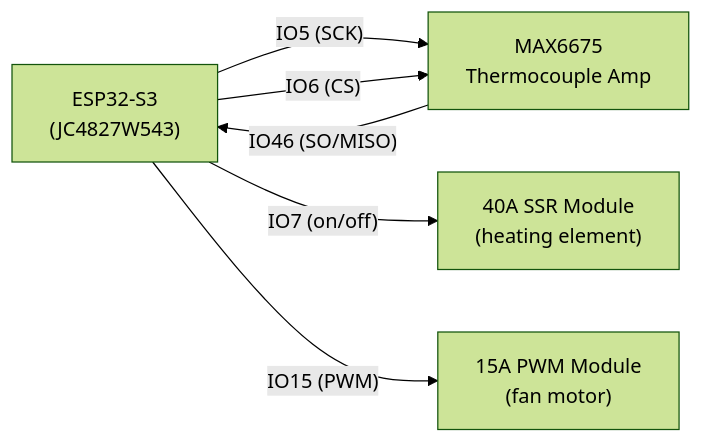
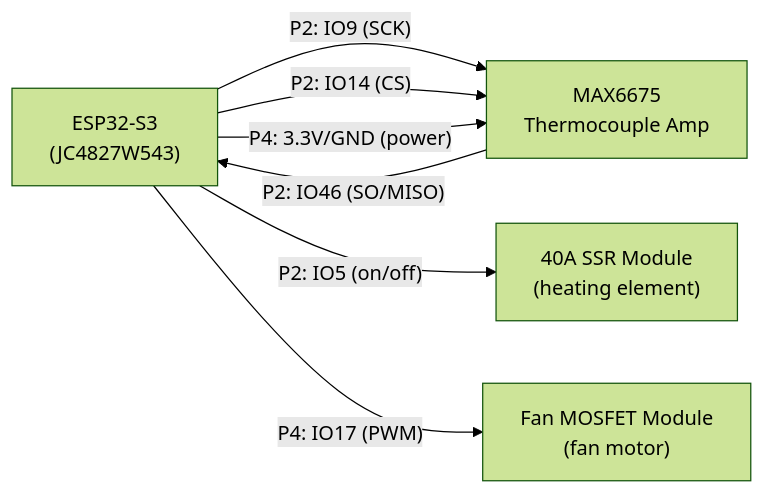
Before and after one commit to marceloajunqueira/poproaster: the diagram in firmware/README.md, drawn with Mermaid (forest theme). The commit also changed other lines of this file and 17 other files, not shown here.

First line of the commit message:
Hardware bring-up fixes: Max Heater Power cap, 65% fan floor, fan soft-start, GPIO wiring fix

````diff
--- a/firmware/README.md
+++ b/firmware/README.md
@@ -84,14 +95,15 @@
 ```mermaid
 graph LR
     ESP32S3["ESP32-S3<br/>(JC4827W543)"]
     MAX6675["MAX6675<br/>Thermocouple Amp"]
     SSR["40A SSR Module<br/>(heating element)"]
-    FANPWM["15A PWM Module<br/>(fan motor)"]
+    FANPWM["Fan MOSFET Module<br/>(fan motor)"]
 
-    ESP32S3 -- "IO5 (SCK)" --> MAX6675
-    ESP32S3 -- "IO6 (CS)" --> MAX6675
-    MAX6675 -- "IO46 (SO/MISO)" --> ESP32S3
+    ESP32S3 -- "P2: IO9 (SCK)" --> MAX6675
+    ESP32S3 -- "P2: IO14 (CS)" --> MAX6675
+    MAX6675 -- "P2: IO46 (SO/MISO)" --> ESP32S3
+    ESP32S3 -- "P4: 3.3V/GND (power)" --> MAX6675
 
-    ESP32S3 -- "IO7 (on/off)" --> SSR
-    ESP32S3 -- "IO15 (PWM)" --> FANPWM
+    ESP32S3 -- "P2: IO5 (on/off)" --> SSR
+    ESP32S3 -- "P4: IO17 (PWM)" --> FANPWM
 ```
````
